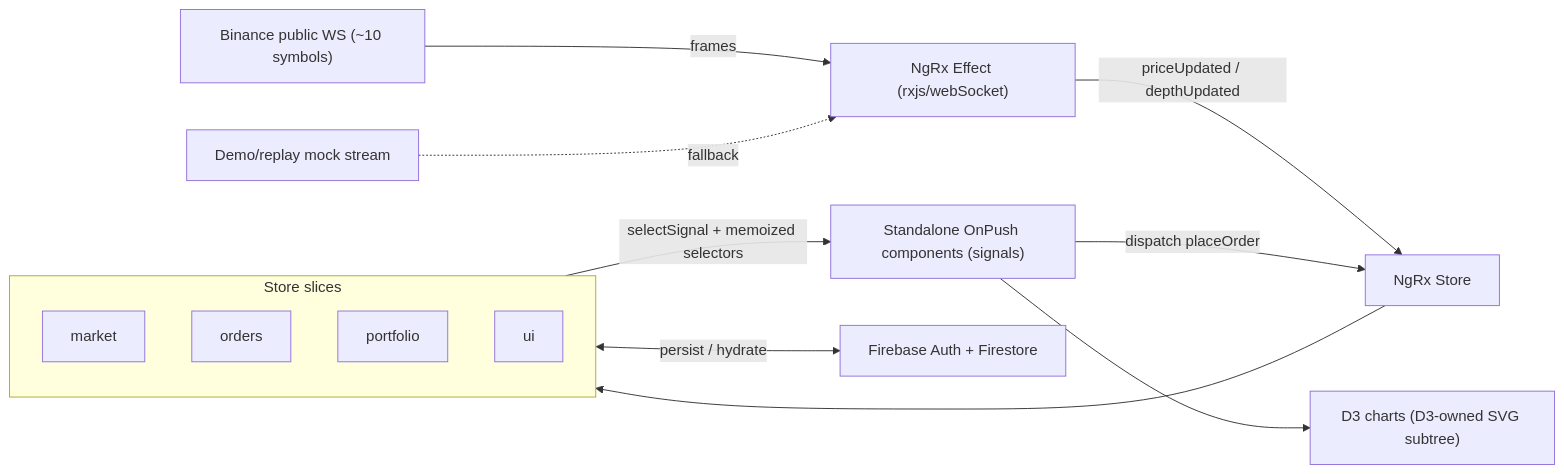
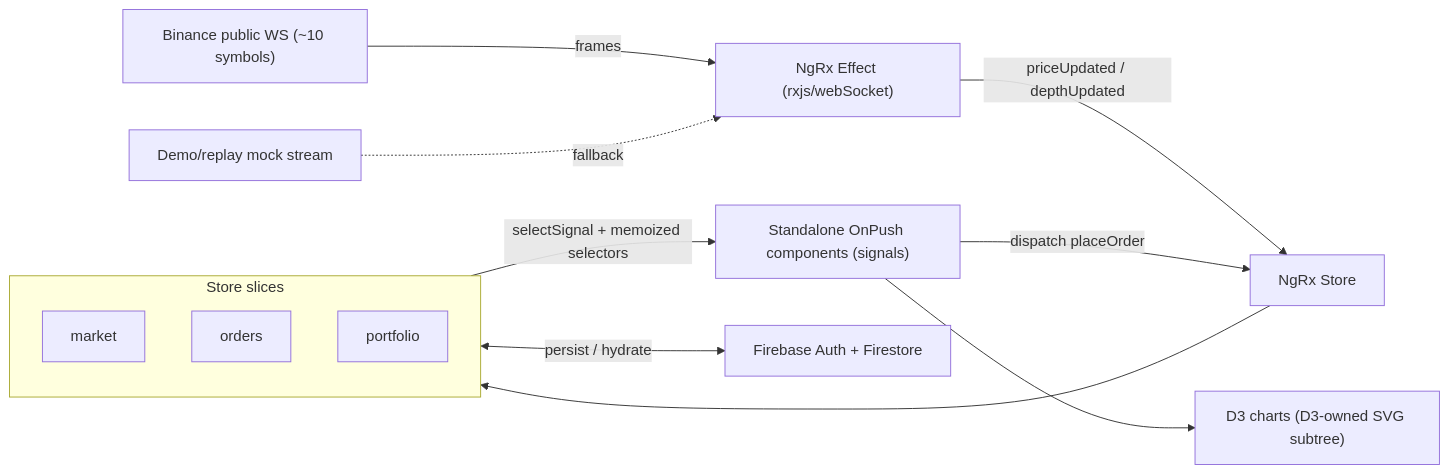
The first of 2 diagrams in docs/ARCHITECTURE.md (divyanshu-rajput/tradedesk-app), drawn with Mermaid before and after one commit. The commit also changed other lines of this file, not shown here.

Commit message:
docs: remove missing ui slice from architecture

````diff
--- a/docs/ARCHITECTURE.md
+++ b/docs/ARCHITECTURE.md
@@ -11,17 +11,16 @@
 ```mermaid
 flowchart LR
   Binance["Binance public WS (~10 symbols)"] -->|frames| WsEffect["NgRx Effect (rxjs/webSocket)"]
   DemoMode["Demo/replay mock stream"] -.fallback.-> WsEffect
   WsEffect -->|"priceUpdated / depthUpdated"| Store["NgRx Store"]
   subgraph store [Store slices]
     Market["market"]
     Orders["orders"]
     Portfolio["portfolio"]
-    Ui["ui"]
   end
   Store --> store
   store -->|"selectSignal + memoized selectors"| Components["Standalone OnPush components (signals)"]
   Components -->|"dispatch placeOrder"| Store
   store <-->|"persist / hydrate"| Firebase["Firebase Auth + Firestore"]
   Components --> D3["D3 charts (D3-owned SVG subtree)"]
 ```
````
